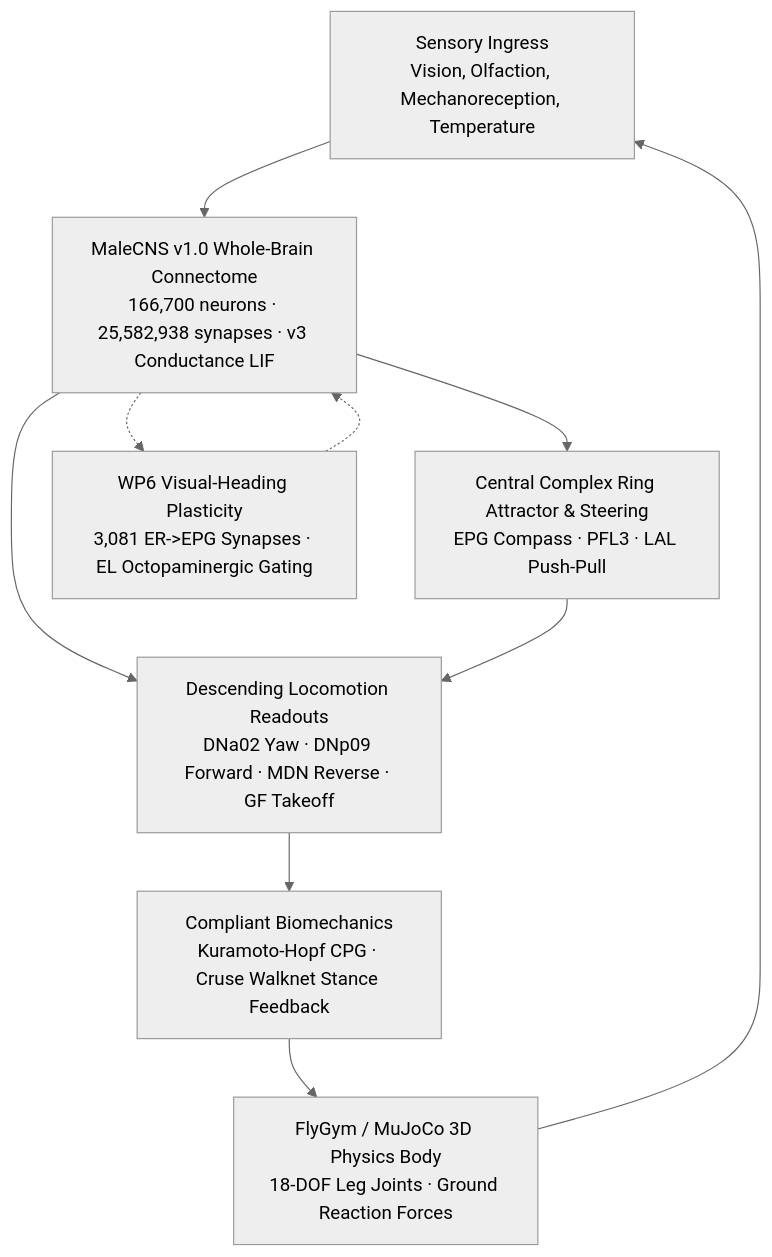
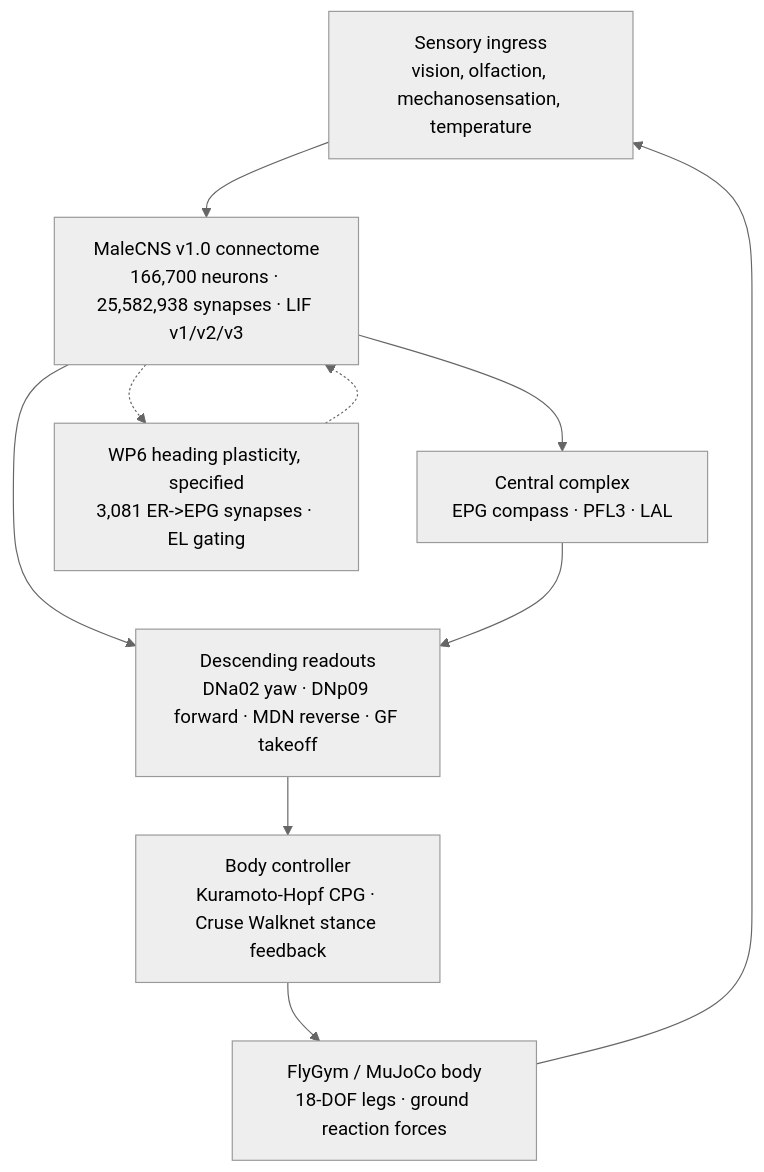
One commit to average-user-887/flybrain changed the diagram in README.md. Above: the diagram before and after it, drawn with Mermaid (neutral theme). The commit also changed other lines of this file and 6 other files, not shown here.

````diff
--- a/README.md
+++ b/README.md
@@ -17,12 +23,12 @@
 ```mermaid
 graph TD
-    A[Sensory Ingress<br/>Vision, Olfaction, Mechanoreception, Temperature] --> B[MaleCNS v1.0 Whole-Brain Connectome<br/>166,700 neurons · 25,582,938 synapses · v3 Conductance LIF]
-    B --> C[Central Complex Ring Attractor & Steering<br/>EPG Compass · PFL3 · LAL Push-Pull]
-    B --> D[Descending Locomotion Readouts<br/>DNa02 Yaw · DNp09 Forward · MDN Reverse · GF Takeoff]
+    A[Sensory ingress<br/>vision, olfaction, mechanosensation, temperature] --> B[MaleCNS v1.0 connectome<br/>166,700 neurons · 25,582,938 synapses · LIF v1/v2/v3]
+    B --> C[Central complex<br/>EPG compass · PFL3 · LAL]
+    B --> D[Descending readouts<br/>DNa02 yaw · DNp09 forward · MDN reverse · GF takeoff]
     C --> D
-    D --> E[Compliant Biomechanics<br/>Kuramoto-Hopf CPG · Cruse Walknet Stance Feedback]
-    E --> F[FlyGym / MuJoCo 3D Physics Body<br/>18-DOF Leg Joints · Ground Reaction Forces]
+    D --> E[Body controller<br/>Kuramoto-Hopf CPG · Cruse Walknet stance feedback]
+    E --> F[FlyGym / MuJoCo body<br/>18-DOF legs · ground reaction forces]
     F --> A
-    B -.-> G[WP6 Visual-Heading Plasticity<br/>3,081 ER->EPG Synapses · EL Octopaminergic Gating]
+    B -.-> G[WP6 heading plasticity, specified<br/>3,081 ER->EPG synapses · EL gating]
     G -.-> B
 ```
````
